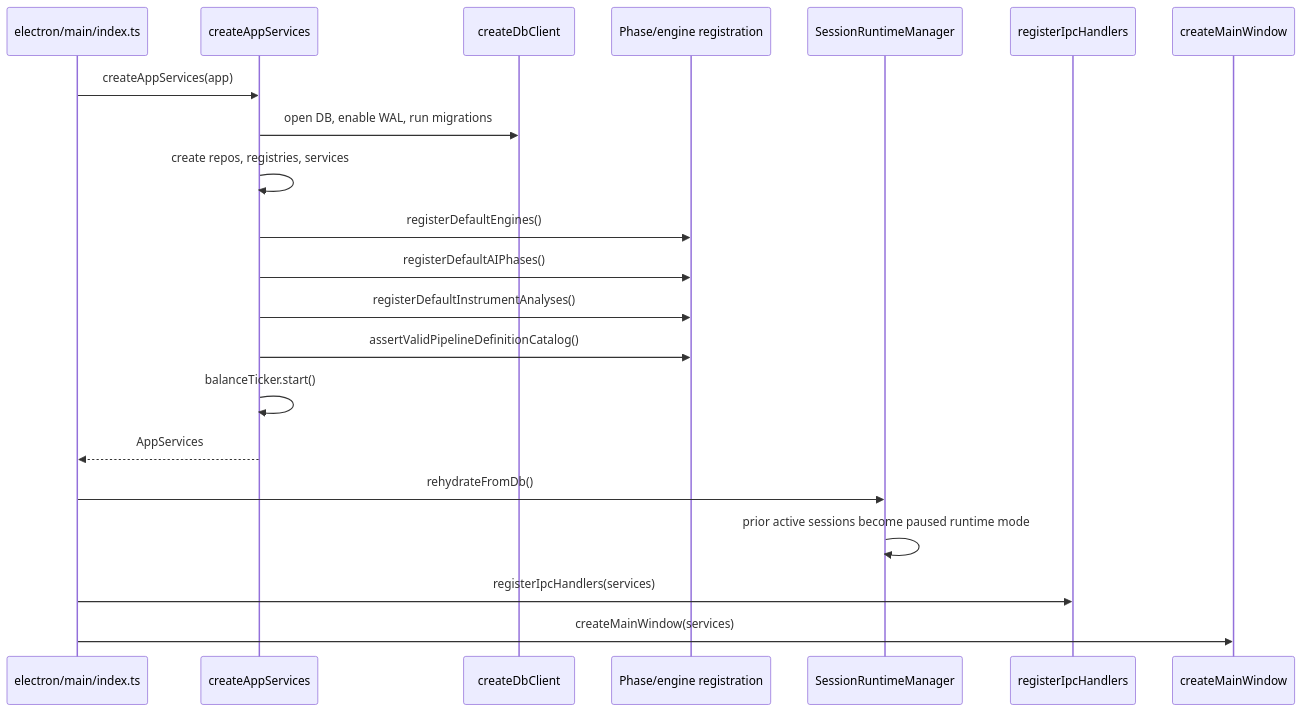
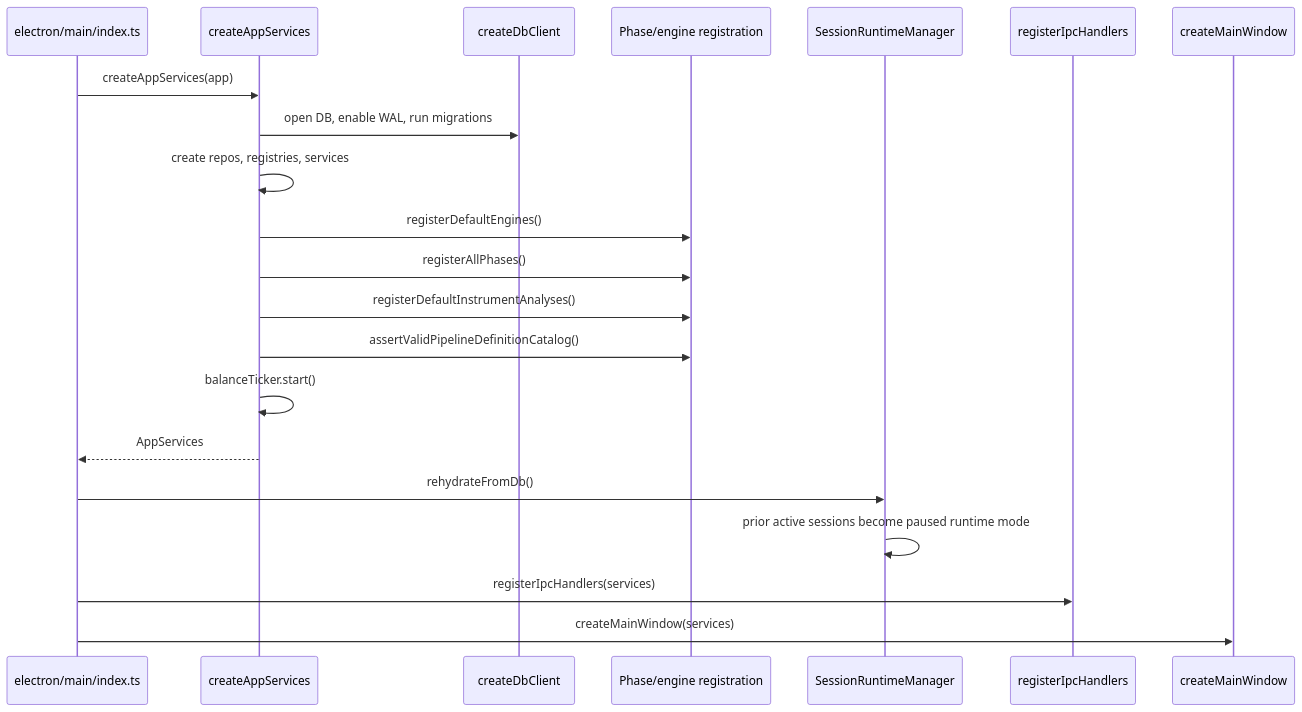
One commit to KennethAtchon/Exva changed the fourth of 14 diagrams in docs/architecture/ai-runtime.md. Above: the diagram before and after it, drawn with Mermaid. The commit also changed other lines of this file and 19 other files, not shown here.

First line of the commit message:
Implement definition-first pipeline architecture and enhance phase organization

````diff
--- a/docs/architecture/ai-runtime.md
+++ b/docs/architecture/ai-runtime.md
@@ -175,24 +176,24 @@
 ```mermaid
 sequenceDiagram
     participant Main as electron/main/index.ts
     participant App as createAppServices
     participant DB as createDbClient
     participant Registry as Phase/engine registration
     participant Runtime as SessionRuntimeManager
     participant IPC as registerIpcHandlers
     participant Window as createMainWindow
 
     Main->>App: createAppServices(app)
     App->>DB: open DB, enable WAL, run migrations
     App->>App: create repos, registries, services
     App->>Registry: registerDefaultEngines()
-    App->>Registry: registerDefaultAIPhases()
+    App->>Registry: registerAllPhases()
     App->>Registry: registerDefaultInstrumentAnalyses()
     App->>Registry: assertValidPipelineDefinitionCatalog()
     App->>App: balanceTicker.start()
     App-->>Main: AppServices
     Main->>Runtime: rehydrateFromDb()
     Runtime->>Runtime: prior active sessions become paused runtime mode
     Main->>IPC: registerIpcHandlers(services)
     Main->>Window: createMainWindow(services)
 ```
````
